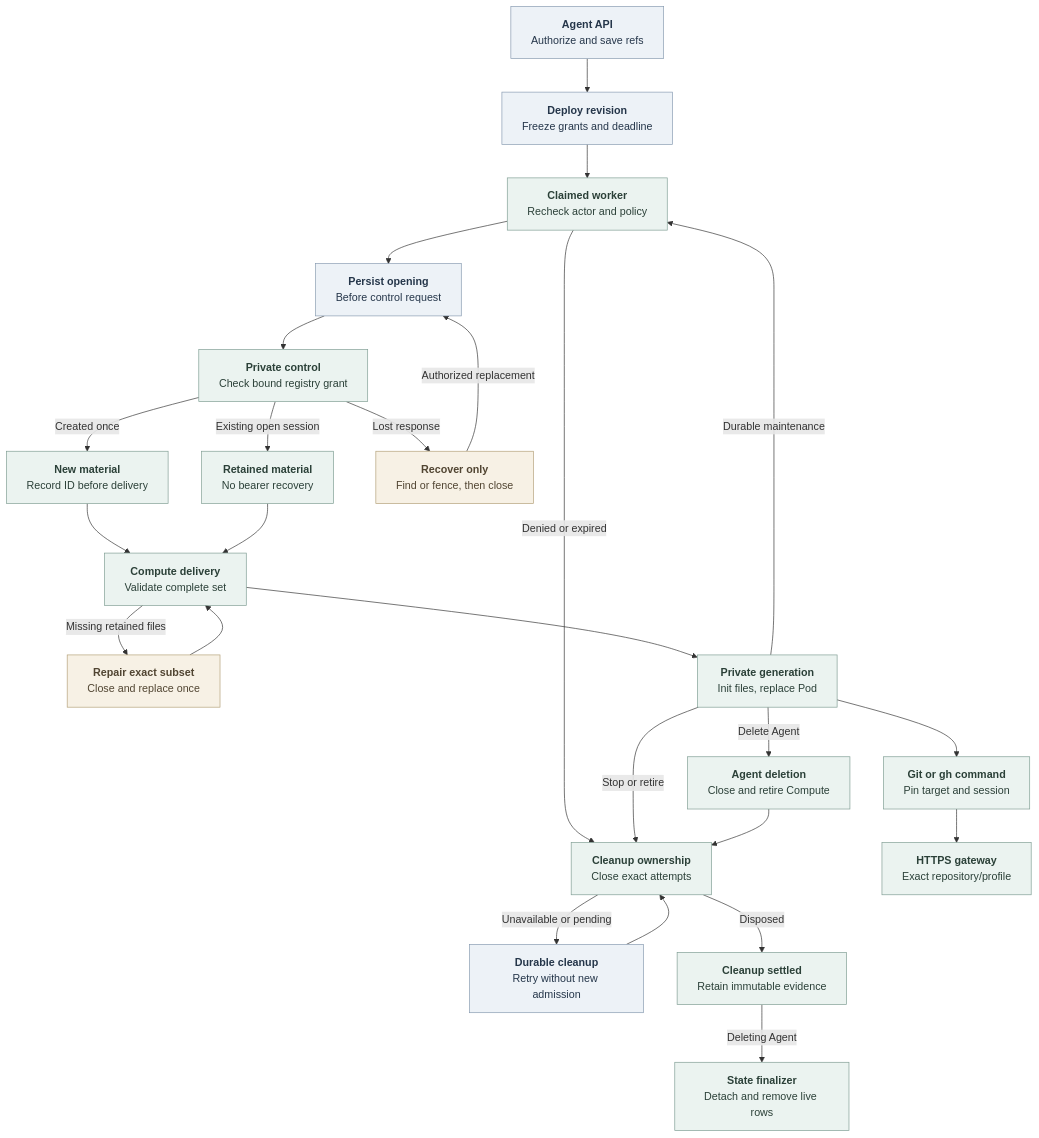
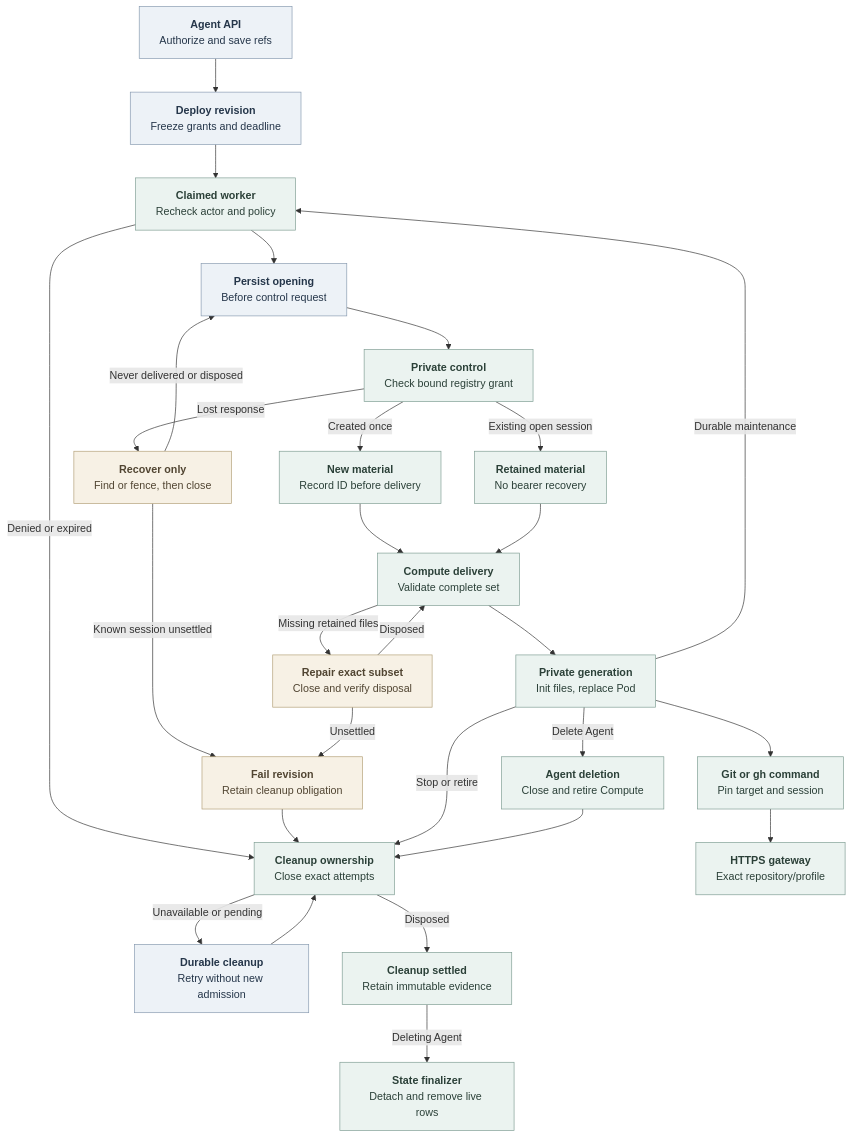
Before and after one commit to IsaiahStapleton/openclaw-enterprise: the diagram in docs/flows/agent-repository-credentials.md, drawn with Mermaid. The commit also changed other lines of this file and 7 other files, not shown here.

Commit message:
fix: retain repository cleanup evidence and fence unsafe recovery

````diff
--- a/docs/flows/agent-repository-credentials.md
+++ b/docs/flows/agent-repository-credentials.md
@@ -40,34 +40,37 @@
 ```mermaid
 graph TD
   API["<b>Agent API</b><br/>Authorize and save refs"] --> Revision["<b>Deploy revision</b><br/>Freeze grants and deadline"]
   Revision --> Worker["<b>Claimed worker</b><br/>Recheck actor and policy"]
   Worker -->|Denied or expired| Close["<b>Cleanup ownership</b><br/>Close exact attempts"]
   Worker --> Attempt["<b>Persist opening</b><br/>Before control request"]
   Attempt --> Service["<b>Private control</b><br/>Check bound registry grant"]
   Service -->|Created once| New["<b>New material</b><br/>Record ID before delivery"]
   Service -->|Existing open session| Retained["<b>Retained material</b><br/>No bearer recovery"]
   Service -->|Lost response| Recover["<b>Recover only</b><br/>Find or fence, then close"]
-  Recover -->|Authorized replacement| Attempt
+  Recover -->|Never delivered or disposed| Attempt
+  Recover -->|Known session unsettled| Refuse["<b>Fail revision</b><br/>Retain cleanup obligation"]
   New --> Compute["<b>Compute delivery</b><br/>Validate complete set"]
   Retained --> Compute
-  Compute -->|Missing retained files| Repair["<b>Repair exact subset</b><br/>Close and replace once"]
-  Repair --> Compute
+  Compute -->|Missing retained files| Repair["<b>Repair exact subset</b><br/>Close and verify disposal"]
+  Repair -->|Disposed| Compute
+  Repair -->|Unsettled| Refuse
+  Refuse --> Close
   Compute --> Pod["<b>Private generation</b><br/>Init files, replace Pod"]
   Pod --> Command["<b>Git or gh command</b><br/>Pin target and session"]
   Command --> Gateway["<b>HTTPS gateway</b><br/>Exact repository/profile"]
   Pod -->|Durable maintenance| Worker
   Pod -->|Stop or retire| Close
   Close -->|Unavailable or pending| Queue["<b>Durable cleanup</b><br/>Retry without new admission"]
   Queue --> Close
   Close -->|Disposed| Done["<b>Cleanup settled</b><br/>Retain immutable evidence"]
   Pod -->|Delete Agent| Delete["<b>Agent deletion</b><br/>Close and retire Compute"]
   Delete --> Close
   Done -->|Deleting Agent| Finalize["<b>State finalizer</b><br/>Detach and remove live rows"]
 
   classDef state fill:#EDF2F7,stroke:#879AB0,color:#25364A,stroke-width:1px
   classDef operation fill:#EBF3F0,stroke:#7F9D93,color:#2B4038,stroke-width:1px
   classDef condition fill:#F7F1E5,stroke:#B3A078,color:#514532,stroke-width:1px
   class API,Revision,Attempt,Queue state
   class Worker,Service,New,Retained,Compute,Pod,Command,Gateway,Close,Done,Delete,Finalize operation
-  class Recover,Repair condition
+  class Recover,Repair,Refuse condition
 ```
````
